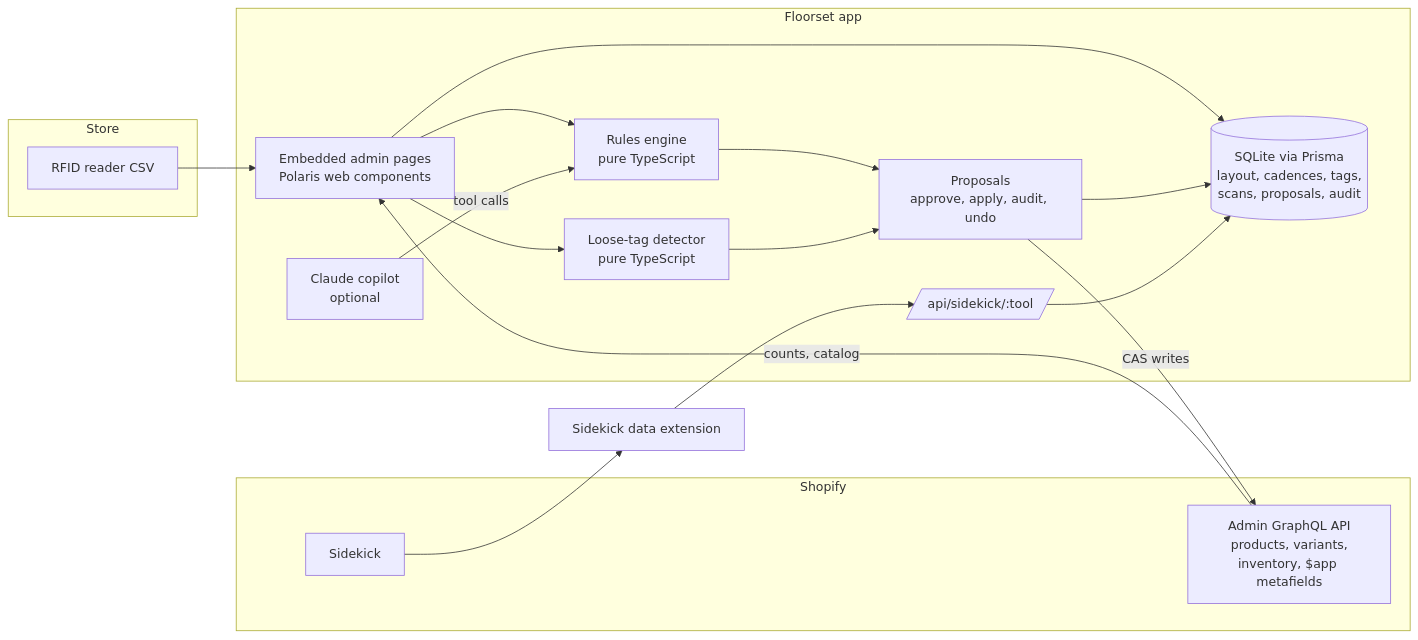
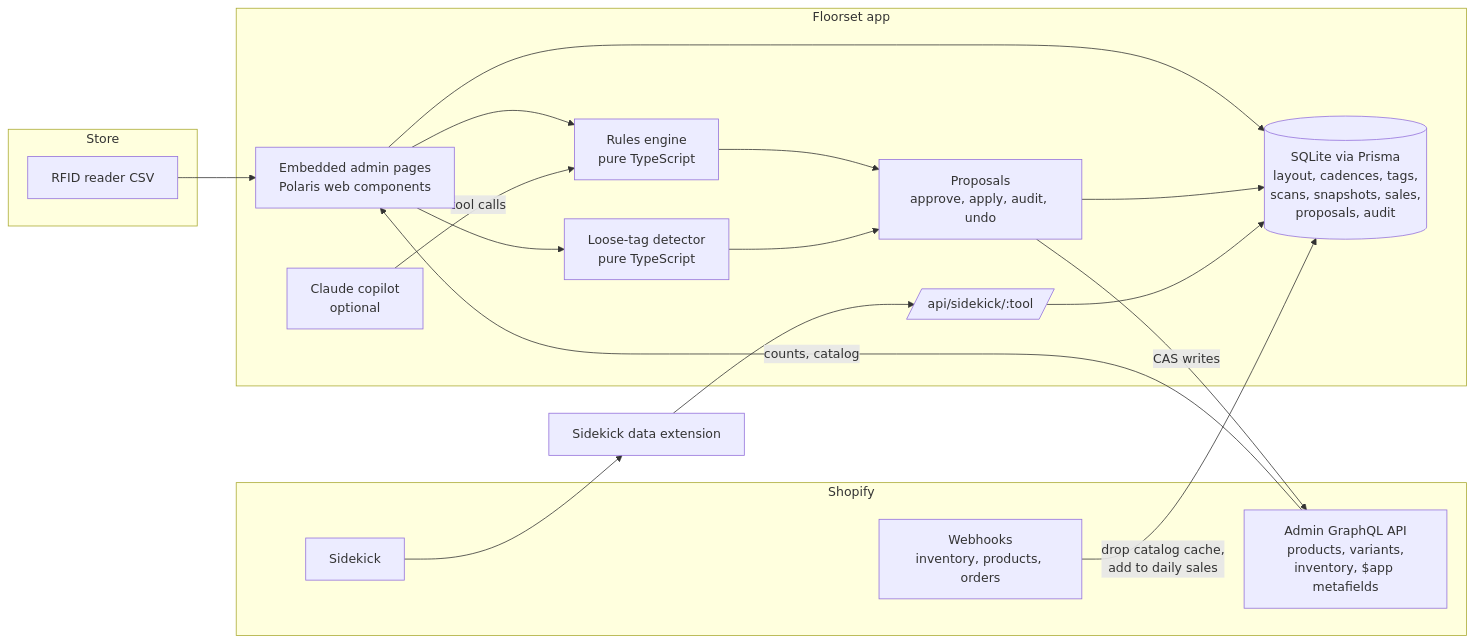
One commit to dvnyvo/floorset changed the diagram in README.md. Above: the diagram before and after it, drawn with Mermaid. The commit also changed other lines of this file and 10 other files, not shown here.

Commit message:
feat(webhooks): catalog cache dropped by webhooks, order webhook feeds daily sales

````diff
--- a/README.md
+++ b/README.md
@@ -38,31 +38,33 @@
 ```mermaid
 flowchart LR
   subgraph Store
     R[RFID reader CSV]
   end
   subgraph Shopify
     A[Admin GraphQL API<br/>products, variants,<br/>inventory, $app metafields]
+    WH[Webhooks<br/>inventory, products, orders]
     SK[Sidekick]
   end
   subgraph Floorset app
     UI[Embedded admin pages<br/>Polaris web components]
     E[Rules engine<br/>pure TypeScript]
     G[Loose-tag detector<br/>pure TypeScript]
     P[Proposals<br/>approve, apply, audit, undo]
-    DB[(SQLite via Prisma<br/>layout, cadences, tags,<br/>scans, proposals, audit)]
+    DB[(SQLite via Prisma<br/>layout, cadences, tags,<br/>scans, snapshots, sales,<br/>proposals, audit)]
     API[/api/sidekick/:tool/]
     C[Claude copilot<br/>optional]
   end
   X[Sidekick data extension]
 
   R --> UI --> DB
   A -- counts, catalog --> UI
   UI --> E
   UI --> G
   C -- tool calls --> E
   E --> P
   G --> P
   P -- CAS writes --> A
   P --> DB
   SK --> X --> API --> DB
+  WH -- drop catalog cache,<br/>add to daily sales --> DB
 ```
````
